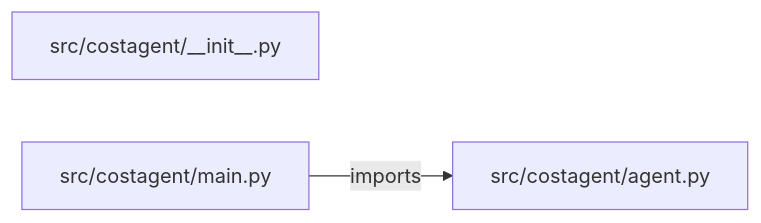
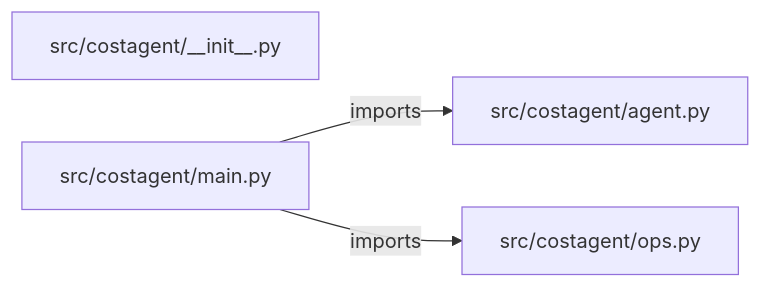
One commit to iarsingh/cloud-cost-optimization-agent changed the diagram in PROJECT_ARCHITECTURE.md. Above: the diagram before and after it, drawn with Mermaid. The commit also changed other lines of this file and 2 other files, not shown here.

Commit message:
Refresh architecture and interview guides from current implementation

````diff
--- a/PROJECT_ARCHITECTURE.md
+++ b/PROJECT_ARCHITECTURE.md
@@ -13,7 +13,9 @@
 ```mermaid
 flowchart LR
     M0["src/costagent/__init__.py"]
     M1["src/costagent/agent.py"]
     M2["src/costagent/main.py"]
+    M3["src/costagent/ops.py"]
     M2 -->|imports| M1
+    M2 -->|imports| M3
 ```
````
